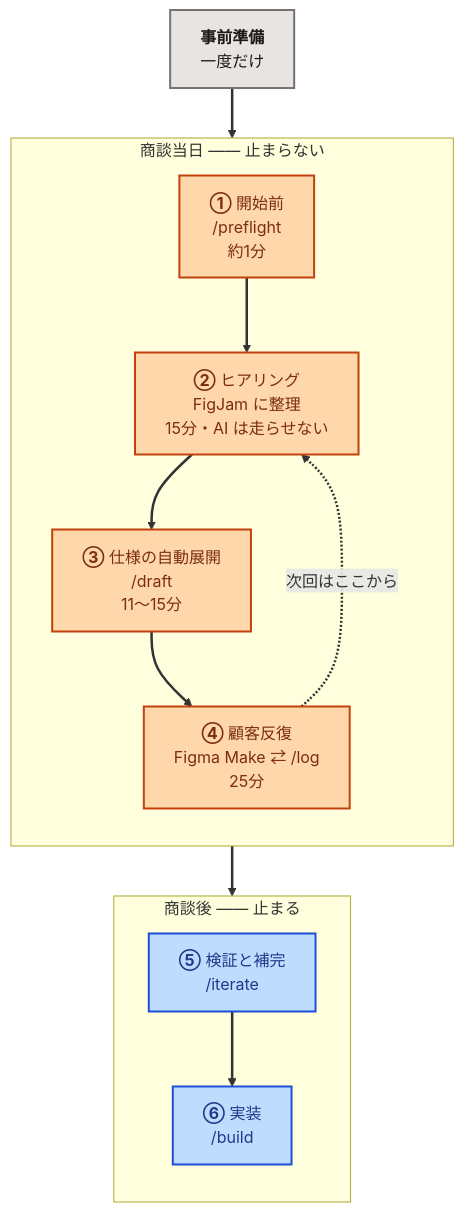
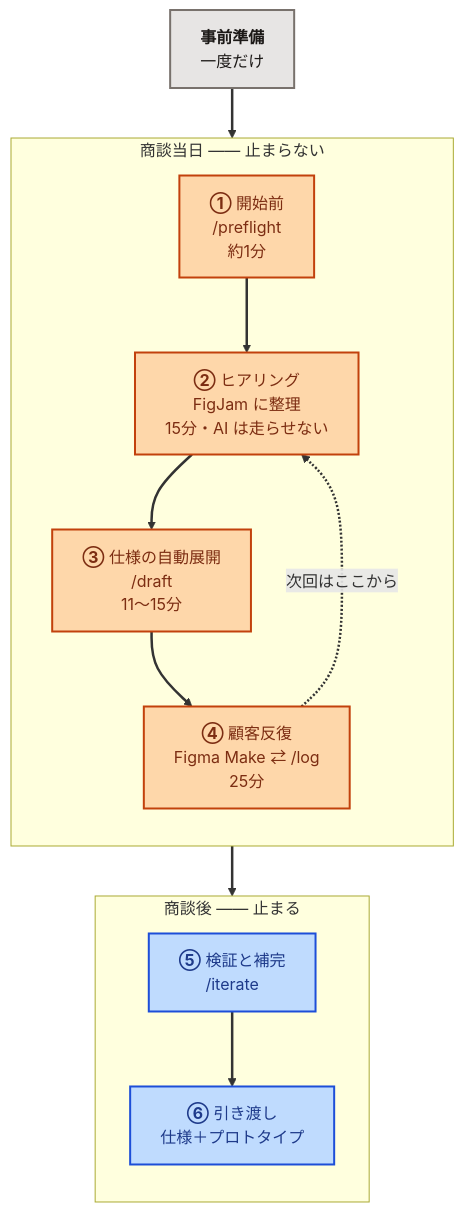
The first of 5 diagrams in WORKFLOW.md (daichi-kubokawa/prototyping-agents), drawn with Mermaid before and after one commit. The commit also changed other lines of this file and 15 other files, not shown here.

````diff
--- a/WORKFLOW.md
+++ b/WORKFLOW.md
@@ -26,29 +26,29 @@
 ```mermaid
 flowchart TD
     P["<b>事前準備</b><br/>一度だけ"]
 
     subgraph M["商談当日 ―― 止まらない"]
         direction TB
         A["<b>①</b> 開始前<br/>/preflight<br/>約1分"]
         B["<b>②</b> ヒアリング<br/>FigJam に整理<br/>15分・AI は走らせない"]
         C["<b>③</b> 仕様の自動展開<br/>/draft<br/>11〜15分"]
         D["<b>④</b> 顧客反復<br/>Figma Make ⇄ /log<br/>25分"]
     end
 
     subgraph AF["商談後 ―― 止まる"]
         direction TB
         E["<b>⑤</b> 検証と補完<br/>/iterate"]
-        F["<b>⑥</b> 実装<br/>/build"]
+        F["<b>⑥</b> 引き渡し<br/>仕様＋プロトタイプ"]
     end
 
     P --> A --> B --> C --> D --> E --> F
     D -. 次回はここから .-> B
 
     classDef prep fill:#E7E5E4,stroke:#78716C,stroke-width:2px,color:#1C1917
     classDef live fill:#FED7AA,stroke:#C2410C,stroke-width:2px,color:#7C2D12
     classDef desk fill:#BFDBFE,stroke:#1D4ED8,stroke-width:2px,color:#1E3A8A
     class P prep
     class A,B,C,D live
     class E,F desk
     linkStyle default stroke-width:2.5px
 ```
````
